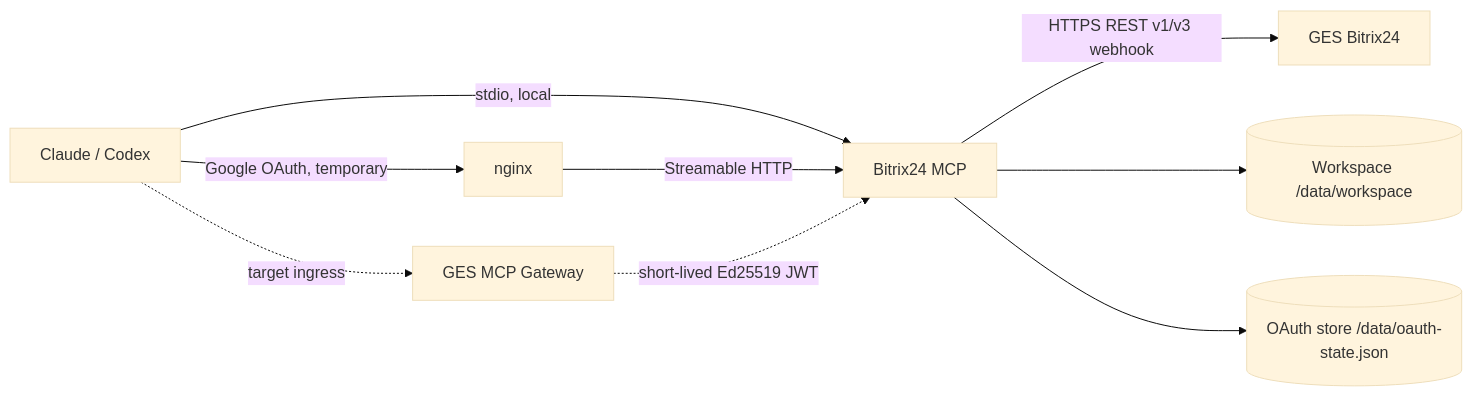
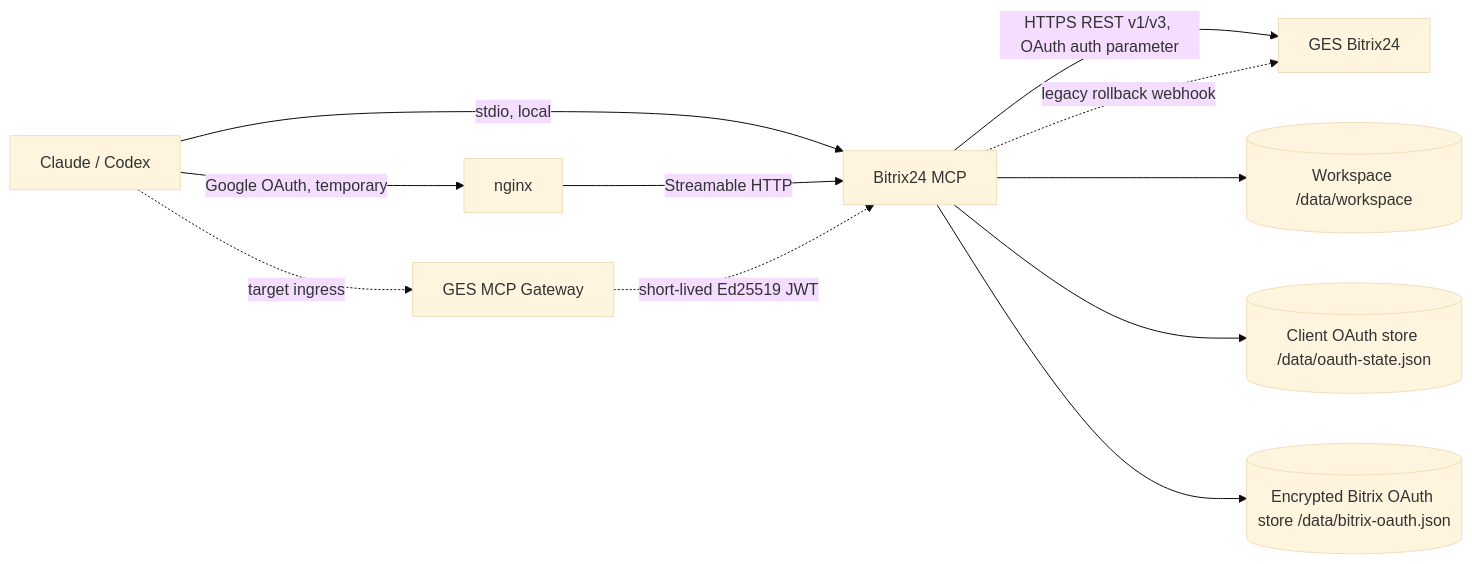
One commit to managerges07-lgtm/bitrix24-mcp changed the diagram in README.md. Above: the diagram before and after it, drawn with Mermaid (base theme). The commit also changed other lines of this file and 17 other files, not shown here.

Commit message:
Add Bitrix OAuth hardening and TaskCreator service tools

````diff
--- a/README.md
+++ b/README.md
@@ -384,11 +404,13 @@
 ```mermaid
 flowchart LR
     Client[Claude / Codex] -->|stdio, local| MCP[Bitrix24 MCP]
     Client -->|Google OAuth, temporary| Nginx[nginx]
     Nginx -->|Streamable HTTP| MCP
     Client -.->|target ingress| Gateway[GES MCP Gateway]
     Gateway -.->|short-lived Ed25519 JWT| MCP
-    MCP -->|HTTPS REST v1/v3 webhook| Bitrix[GES Bitrix24]
+    MCP -->|HTTPS REST v1/v3, OAuth auth parameter| Bitrix[GES Bitrix24]
+    MCP -.->|legacy rollback webhook| Bitrix
     MCP --> Workspace[(Workspace /data/workspace)]
-    MCP --> OAuth[(OAuth store /data/oauth-state.json)]
+    MCP --> OAuth[(Client OAuth store /data/oauth-state.json)]
+    MCP --> BitrixOAuth[(Encrypted Bitrix OAuth store /data/bitrix-oauth.json)]
 ```
````
